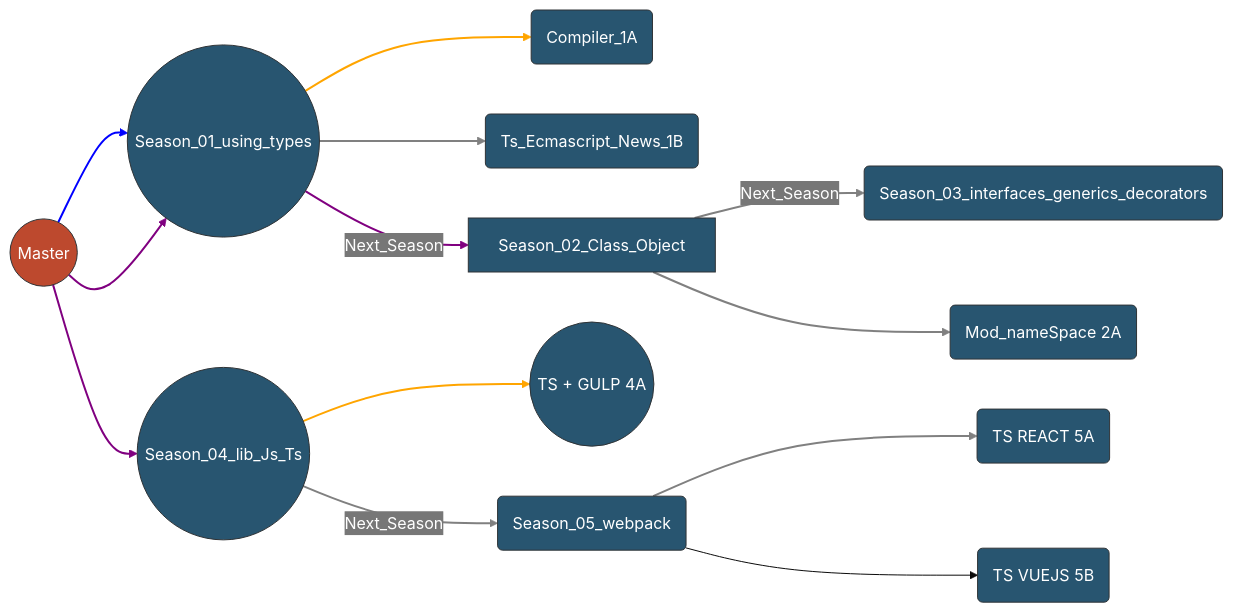
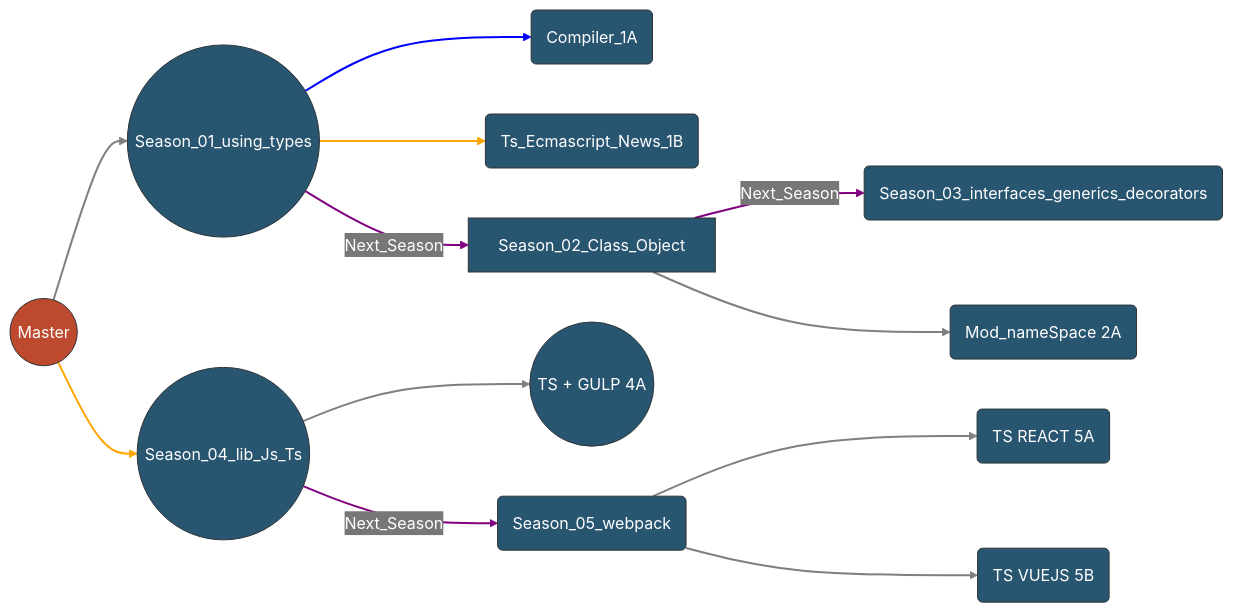
One commit to TeoNogueira/TypeScript-2022 changed the diagram in readme.md. Above: the diagram before and after it, drawn with Mermaid.

Commit message:
#D4EFDF color LineColor
#D4EFDF color LineColor

````diff
--- a/readme.md
+++ b/readme.md
@@ -72,38 +72,38 @@
   ```mermaid
 
-%%{init: {'theme': 'base', 'themeVariables': { 'primaryColor': '#285570', 'edgeLabelBackground':'#777777', 'tertiaryColor': '#285570', 'primaryTextColor': 'white'}}}%%
+%%{init: {'theme': 'base', 'themeVariables': { 'primaryColor': '#285570', 'edgeLabelBackground':'#777777', 'tertiaryColor': '#285570', 'primaryTextColor': 'white', 'lineColor': '#D4EFDF'}}}%%
 
 flowchart LR;
 
- A:::someclass --> 1
+ A:::someclass
     classDef someclass fill:#bd492e;
     
 1(Season_01) --> 1A(Compiler_1A) 
 1(Season_01) --> 1B(Ts_Ecmascript_News_1B) 
 A((Master)) --> 1((Season_01_using_types)) -->|Next_Season| 2((S_02)) --> |Next_Season| 3((S_03))
 2[Season_02_Class_Object]--> 2A(Mod_nameSpace 2A)
 
 3(Season_03_interfaces_generics_decorators) 
 4((Season_04_lib_Js_Ts)) --> 4A((TS + GULP 4A))
 A((Master)) --> 4((Season_04_lib_Js_Ts)) -->|Next_Season|5(S_05)
 
 
 5(Season_05) --> 5A(TS REACT 5A) 
 5(Season_05_webpack) --> 5B(TS VUEJS 5B)
 
 
 
      linkStyle 0 stroke-width:2px,fill:none,stroke:blue;
         linkStyle 1 stroke-width:2px,fill:none,stroke:orange;
         linkStyle 2 stroke-width:2px,fill:none,stroke:gray;
         linkStyle 3 stroke-width:2px,fill:none,stroke:purple;
         linkStyle 4 stroke-width:2px,fill:none,stroke:purple;
           linkStyle 5 stroke-width:2px,fill:none,stroke:gray;
           linkStyle 6 stroke-width:2px,fill:none,stroke:gray;
           linkStyle 7 stroke-width:2px,fill:none,stroke:orange;
           linkStyle 8 stroke-width:2px,fill:none,stroke:purple;
           linkStyle 9 stroke-width:2px,fill:none,stroke:gray;
           linkStyle 10 stroke-width:2px,fill:none,stroke:gray;
 
 
  ```
````
